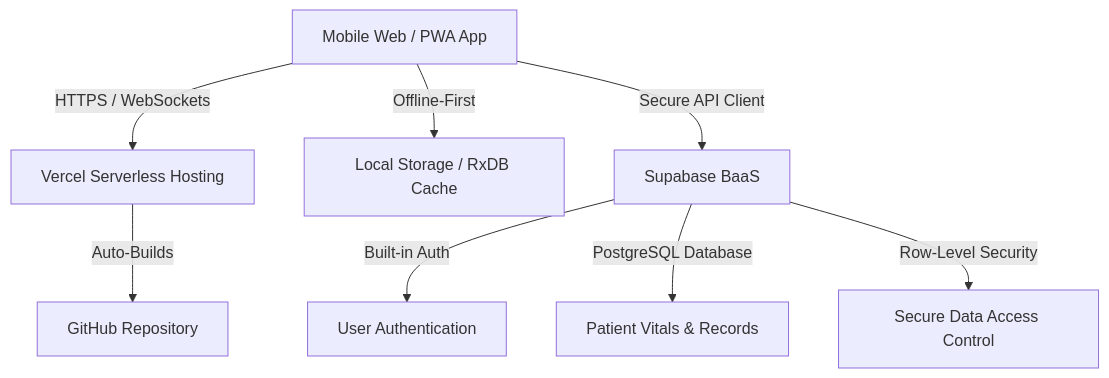
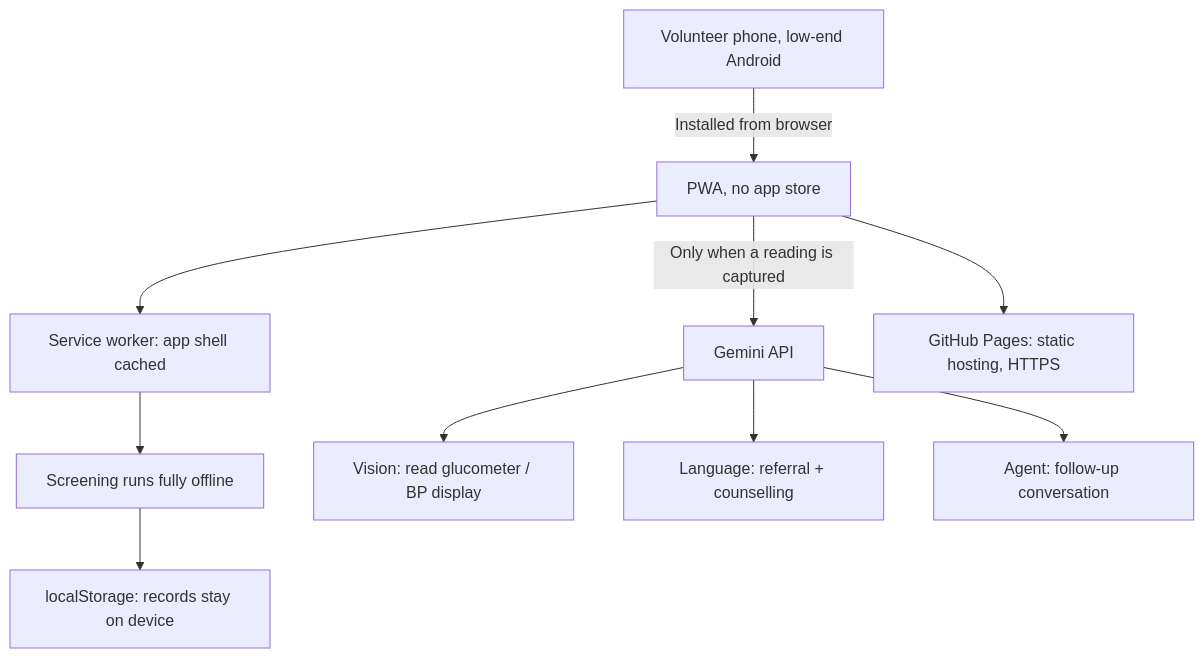
The diagram in tech_stack_recommendation.md (ABF-lab/Health), drawn with Mermaid before and after one commit. The commit also changed other lines of this file and 11 other files, not shown here.

````diff
--- a/tech_stack_recommendation.md
+++ b/tech_stack_recommendation.md
@@ -9,10 +17,12 @@
 ```mermaid
 graph TD
-    A[Mobile Web / PWA App] -->|HTTPS / WebSockets| B[Vercel Serverless Hosting]
-    A -->|Offline-First| C[Local Storage / RxDB Cache]
-    A -->|Secure API Client| D[Supabase BaaS]
-    D -->|Built-in Auth| E[User Authentication]
-    D -->|PostgreSQL Database| F[Patient Vitals & Records]
-    D -->|Row-Level Security| G[Secure Data Access Control]
-    B -->|Auto-Builds| H[GitHub Repository]
+    A[Volunteer phone, low-end Android] -->|Installed from browser| B[PWA, no app store]
+    B --> C[Service worker: app shell cached]
+    C --> D[Screening runs fully offline]
+    D --> E[localStorage: records stay on device]
+    B -->|Only when a reading is captured| F[Gemini API]
+    F --> G[Vision: read glucometer / BP display]
+    F --> H[Language: referral + counselling]
+    F --> I[Agent: follow-up conversation]
+    B --> J[GitHub Pages: static hosting, HTTPS]
 ```
````
